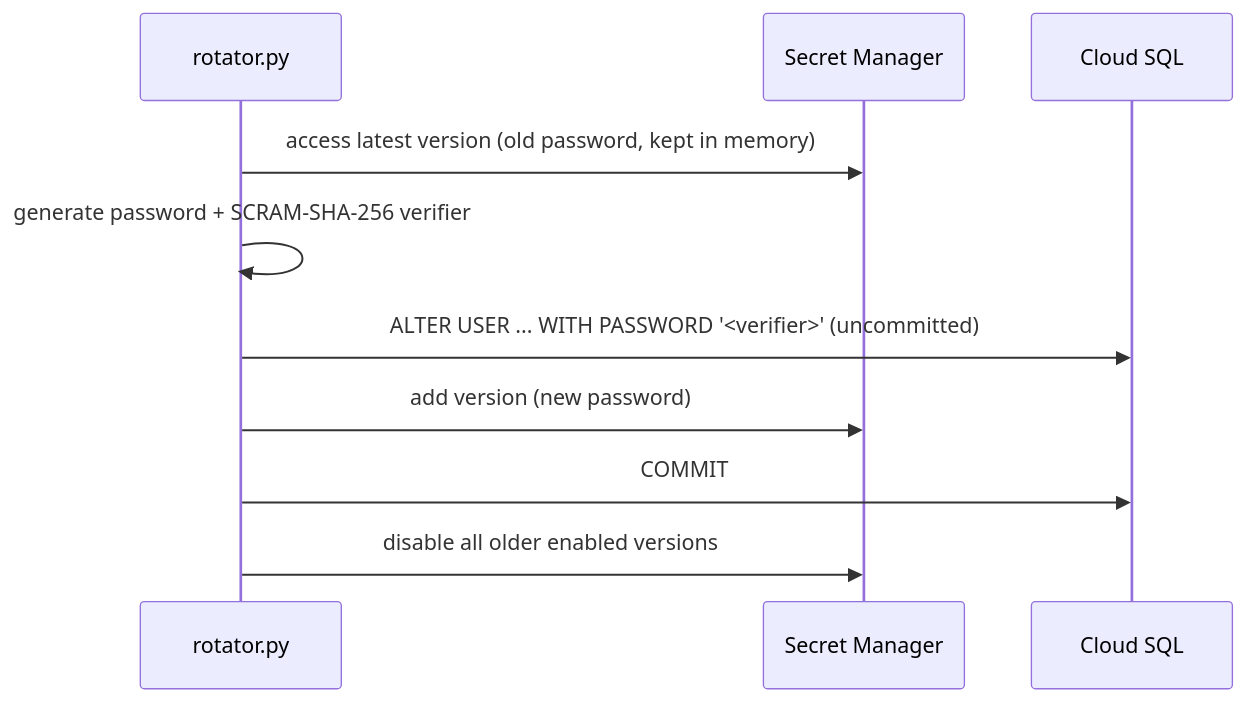
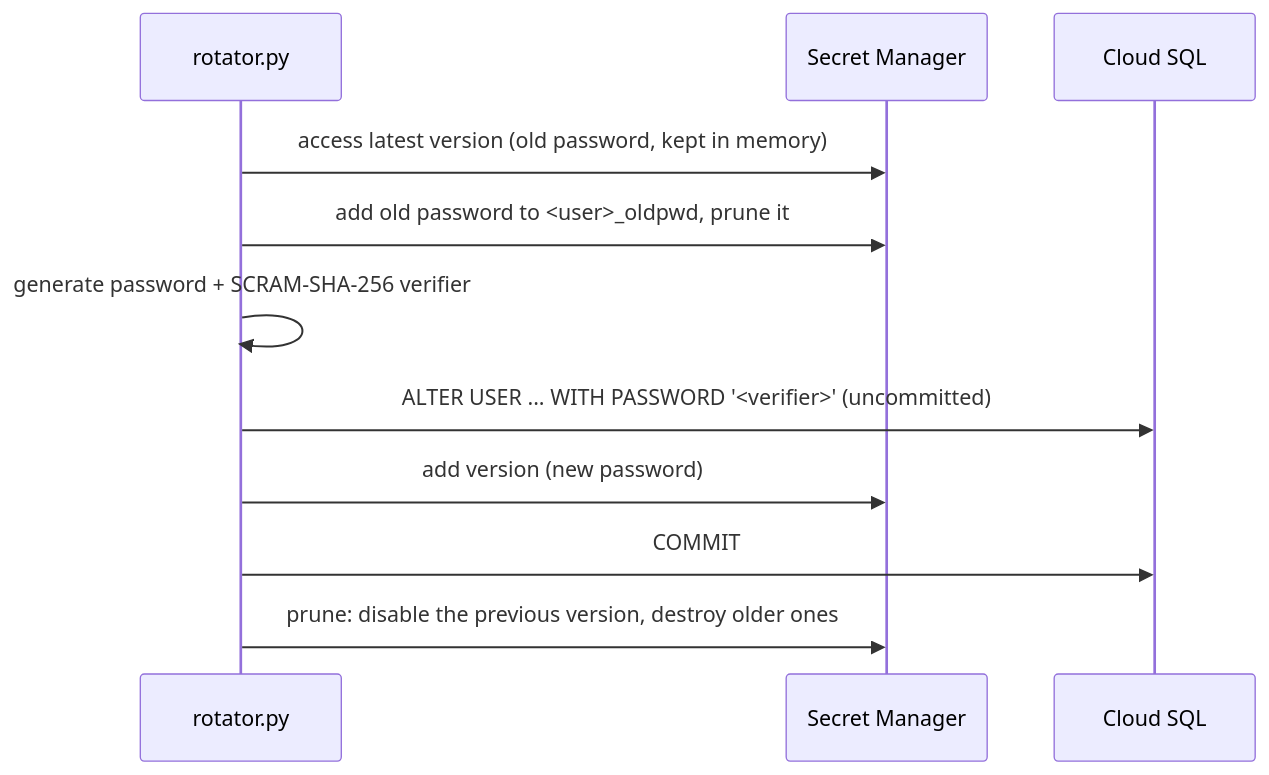
The second of 2 diagrams in ARCHITECTURE.md (Sarank-tech/gcp-postgres-password-rotator), drawn with Mermaid before and after one commit. The commit also changed other lines of this file and 6 other files, not shown here.

First line of the commit message:
rotator: keep two versions per secret and save the replaced password

````diff
--- a/ARCHITECTURE.md
+++ b/ARCHITECTURE.md
@@ -118,12 +118,13 @@
    ```mermaid
    sequenceDiagram
        participant R as rotator.py
        participant SM as Secret Manager
        participant DB as Cloud SQL
        R->>SM: access latest version (old password, kept in memory)
+       R->>SM: add old password to <user>_oldpwd, prune it
        R->>R: generate password + SCRAM-SHA-256 verifier
        R->>DB: ALTER USER ... WITH PASSWORD '<verifier>' (uncommitted)
        R->>SM: add version (new password)
        R->>DB: COMMIT
-       R->>SM: disable all older enabled versions
+       R->>SM: prune: disable the previous version, destroy older ones
    ```
````
